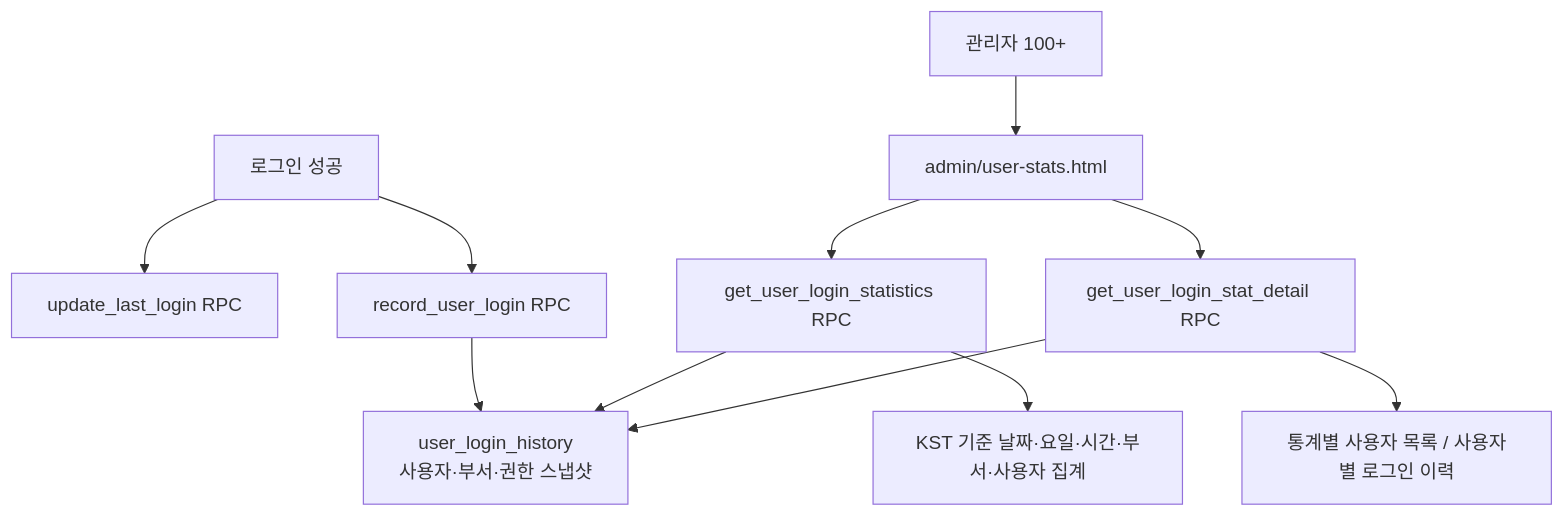
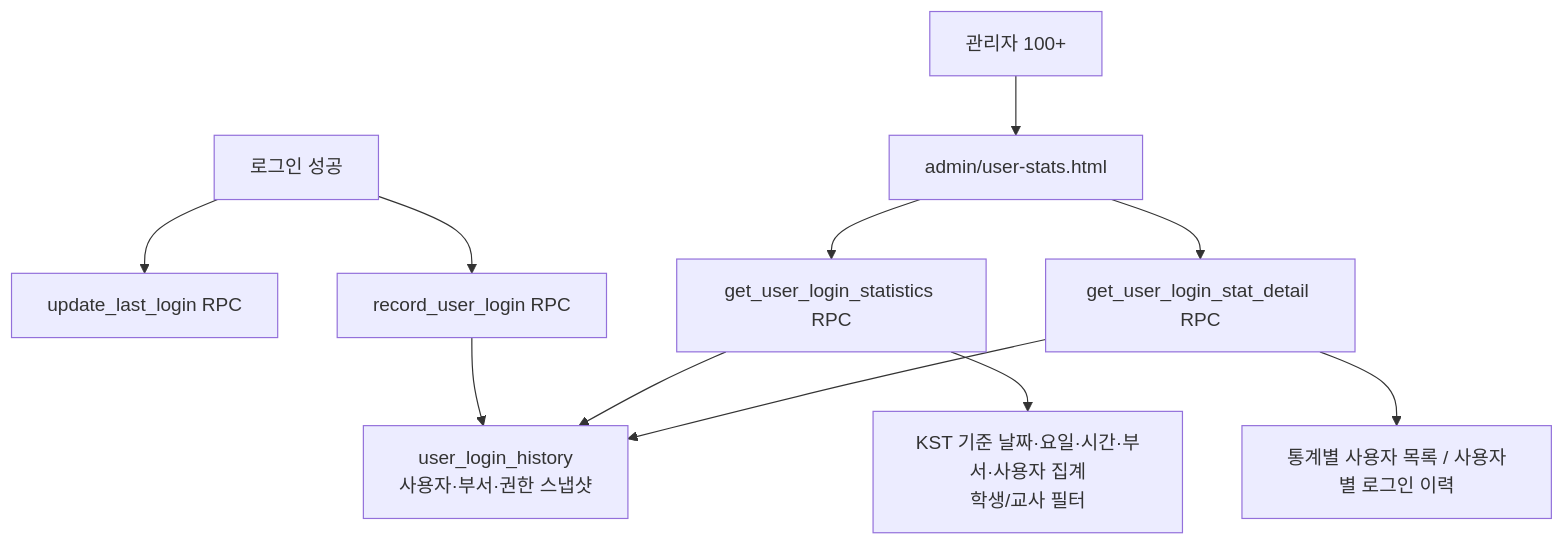
Before and after one commit to CHO-Talents/CHO-Talents: diagram 15 of 17 in docs/PROJECT_ARCHITECTURE_FLOW.md, drawn with Mermaid. The commit also changed other lines of this file and 31 other files, not shown here.

````diff
--- a/docs/PROJECT_ARCHITECTURE_FLOW.md
+++ b/docs/PROJECT_ARCHITECTURE_FLOW.md
@@ -668,13 +670,13 @@
 ```mermaid
 flowchart TD
   Login["로그인 성공"] --> LastLogin["update_last_login RPC"]
   Login --> Record["record_user_login RPC"]
   Record --> History["user_login_history\n사용자·부서·권한 스냅샷"]
   Admin["관리자 100+"] --> StatsPage["admin/user-stats.html"]
   StatsPage --> StatsRPC["get_user_login_statistics RPC"]
   StatsPage --> DetailRPC["get_user_login_stat_detail RPC"]
   StatsRPC --> History
   DetailRPC --> History
-  StatsRPC --> KST["KST 기준 날짜·요일·시간·부서·사용자 집계"]
+  StatsRPC --> KST["KST 기준 날짜·요일·시간·부서·사용자 집계<br/>학생/교사 필터"]
   DetailRPC --> Detail["통계별 사용자 목록 / 사용자별 로그인 이력"]
 ```
````
